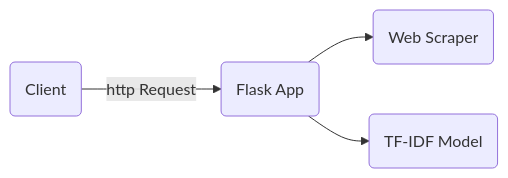
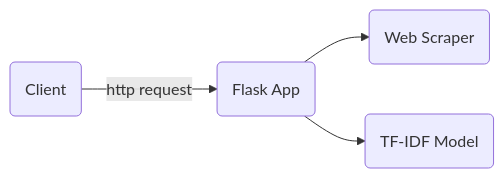
The diagram in README.md (JehuSilva/tfidf-website-ranker), drawn with Mermaid before and after one commit. The commit also changed other lines of this file, not shown here.

````diff
--- a/README.md
+++ b/README.md
@@ -19,6 +20,6 @@
 ```mermaid
 graph LR
-A(Client) -- http Request --> B(Flask App)
+A(Client) -- http request --> B(Flask App)
 B(Flask App) --> C(Web Scraper)
 B(Flask App) --> D(TF-IDF Model)
 ```
````
